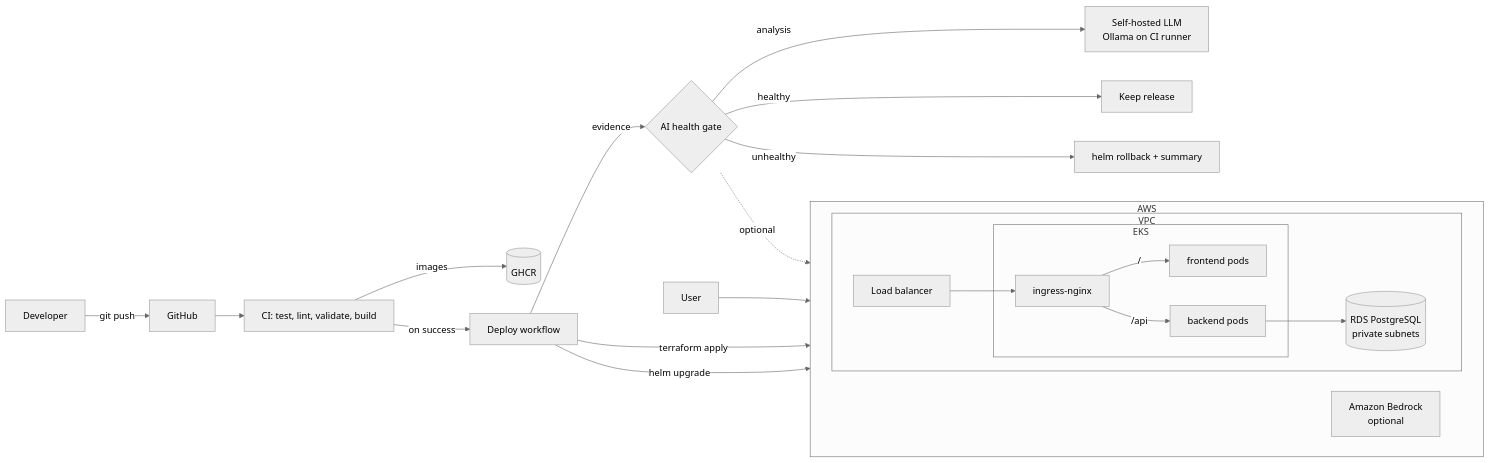
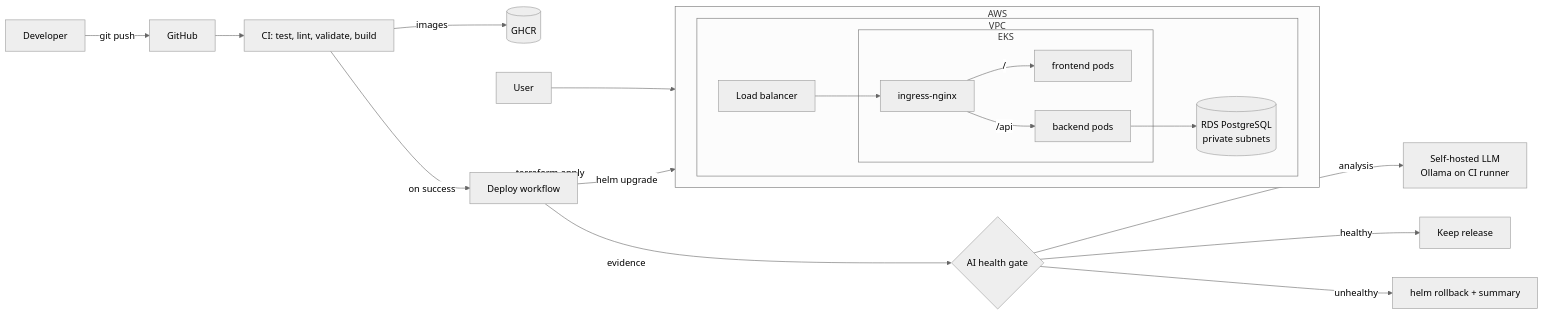
The diagram in README.md (sharathKumar-1123/idea-board), drawn with Mermaid (neutral theme) before and after one commit. The commit also changed other lines of this file, not shown here.

Commit message:
README: remove Bedrock from the architecture diagram [skip ci]

````diff
--- a/README.md
+++ b/README.md
@@ -14,29 +14,27 @@
 ```mermaid
 flowchart LR
     dev[Developer] -->|git push| gh[GitHub]
     gh --> ci[CI: test, lint, validate, build]
     ci -->|images| ghcr[(GHCR)]
     ci -->|on success| cd[Deploy workflow]
 
     subgraph AWS
       direction LR
       subgraph VPC
         lb[Load balancer] --> ing[ingress-nginx]
         subgraph EKS
           ing -->|/| fe[frontend pods]
           ing -->|/api| be[backend pods]
         end
         be --> rds[(RDS PostgreSQL<br/>private subnets)]
       end
-      bedrock[Amazon Bedrock<br/>optional]
     end
 
     cd -->|terraform apply| VPC
     cd -->|helm upgrade| EKS
     cd -->|evidence| gate{AI health gate}
     gate -->|analysis| llm[Self-hosted LLM<br/>Ollama on CI runner]
-    gate -.->|optional| bedrock
     gate -->|healthy| keep[Keep release]
     gate -->|unhealthy| rb[helm rollback + summary]
     user[User] --> lb
 ```
````
